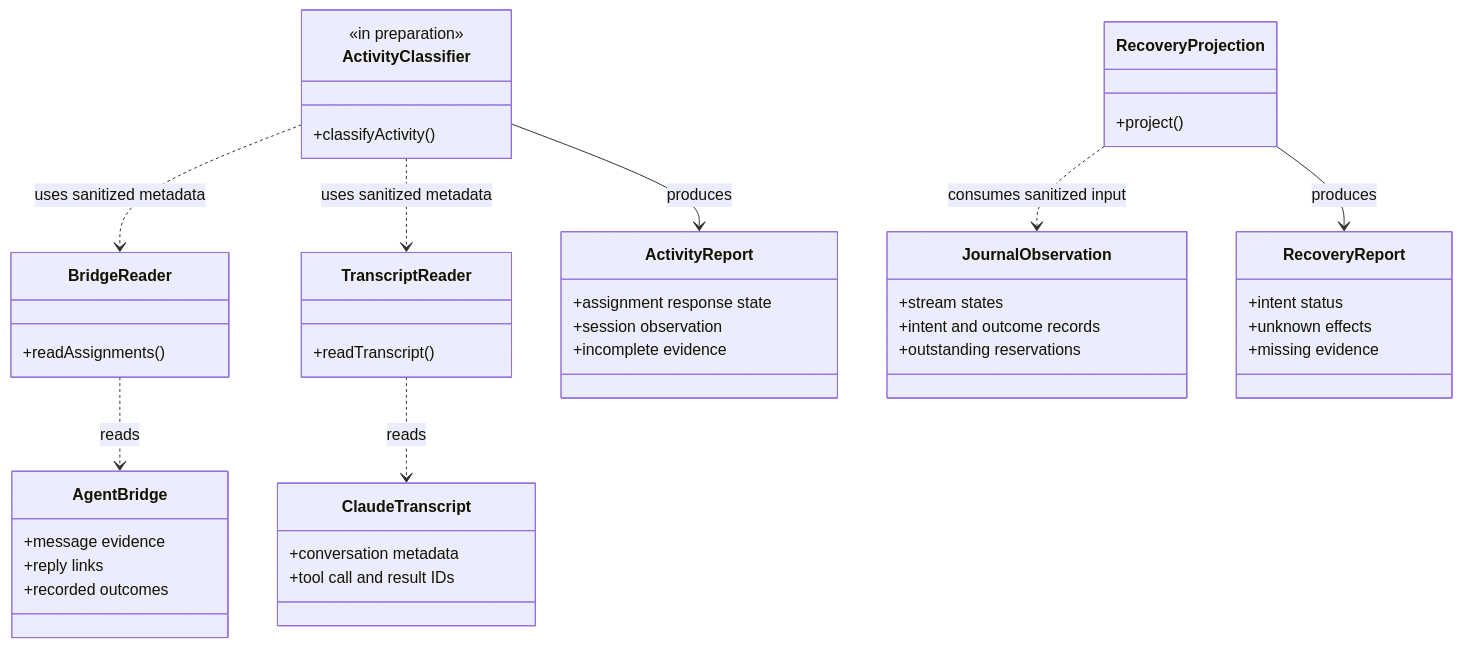
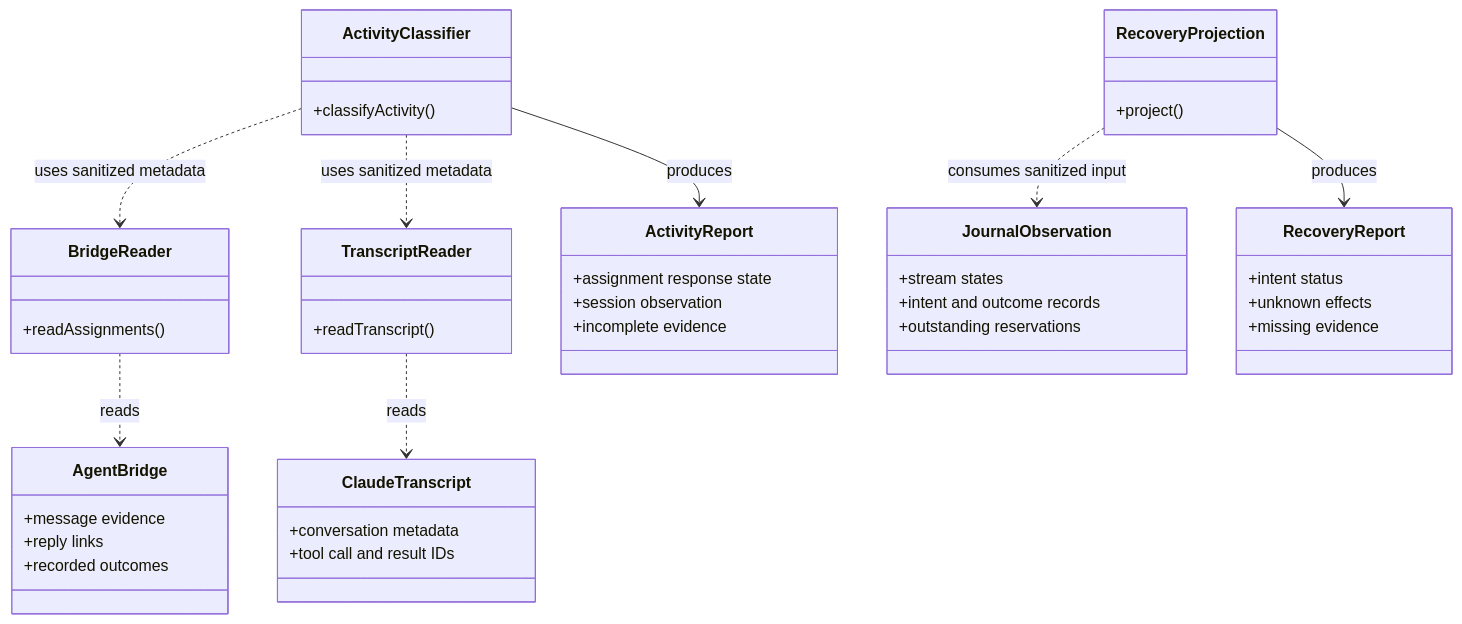
The second of 5 diagrams in docs/development-workflow-uml.md (JMRussas/ChatAgent), drawn with Mermaid before and after one commit. The commit also changed other lines of this file, not shown here.

````diff
--- a/docs/development-workflow-uml.md
+++ b/docs/development-workflow-uml.md
@@ -62,47 +62,46 @@
 ```mermaid
 classDiagram
     class AgentBridge {
         +message evidence
         +reply links
         +recorded outcomes
     }
     class ClaudeTranscript {
         +conversation metadata
         +tool call and result IDs
     }
     class BridgeReader {
         +readAssignments()
     }
     class TranscriptReader {
         +readTranscript()
     }
     class ActivityClassifier {
-        <<in preparation>>
         +classifyActivity()
     }
     class ActivityReport {
         +assignment response state
         +session observation
         +incomplete evidence
     }
     class JournalObservation {
         +stream states
         +intent and outcome records
         +outstanding reservations
     }
     class RecoveryProjection {
         +project()
     }
     class RecoveryReport {
         +intent status
         +unknown effects
         +missing evidence
     }
     BridgeReader ..> AgentBridge : reads
     TranscriptReader ..> ClaudeTranscript : reads
     ActivityClassifier ..> BridgeReader : uses sanitized metadata
     ActivityClassifier ..> TranscriptReader : uses sanitized metadata
     ActivityClassifier --> ActivityReport : produces
     RecoveryProjection ..> JournalObservation : consumes sanitized input
     RecoveryProjection --> RecoveryReport : produces
 ```
````
